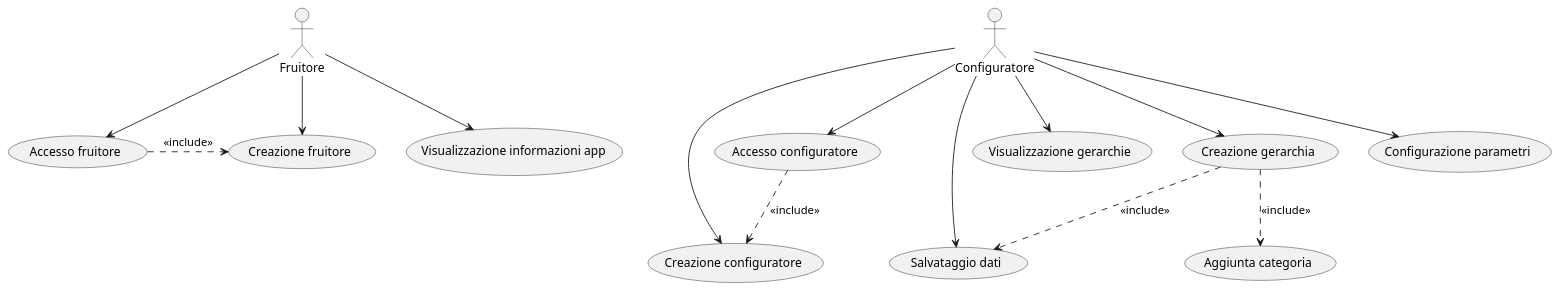
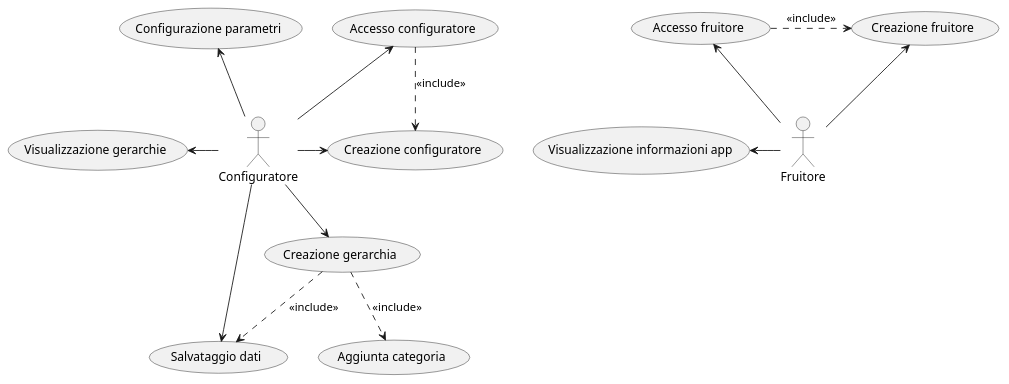
Before and after one commit to eletoo/inge_del_software: the diagram in doc/uml/version2/puml/Use case diagram-Version2.0.puml, drawn with PlantUML. The commit also changed 1 other file, not shown here.

Commit message:
version 2.0.5 - fixed use cases UML

```diff
--- a/doc/uml/version2/puml/Use case diagram-Version2.0.puml
+++ b/doc/uml/version2/puml/Use case diagram-Version2.0.puml
@@ -1,35 +1,34 @@
 @startuml
 
 :Fruitore: as Admin
 (Accesso fruitore) as (UseF1)
 (Creazione fruitore) as (UseF2)
 (Visualizzazione informazioni app) as (UseF3)
 
-Admin --> (UseF3)
-Admin --> (UseF1)
-Admin --> (UseF2)
+Admin -left-> (UseF3)
+Admin -up-> (UseF1)
+Admin -up-> (UseF2)
 (UseF1) .right.> (UseF2): <<include>>
-
 
 (Accesso configuratore) as (Use1)
 (Creazione configuratore) as (Use2)
 (Salvataggio dati) as (Use3)
 (Visualizzazione gerarchie) as (Use4)
 (Creazione gerarchia) as (Use5)
 (Aggiunta categoria) as (Use6)
 (Configurazione parametri) as (Use7)
 
 :Configuratore: as Admin2
-Admin2 --> (Use4)
+Admin2 -left-> (Use4)
 Admin2 --> (Use5)
 Admin2 --> (Use3)
 Admin2 -right-> (Use2)
-Admin2 --> (Use1)
-Admin2 --> (Use7)
+Admin2 -up-> (Use1)
+Admin2 -up-> (Use7)
 
 (Use1) ..> (Use2): <<include>>
 (Use5) ..> (Use6): <<include>>
 (Use5) ..> (Use3): <<include>>
 
 
 @enduml
```
